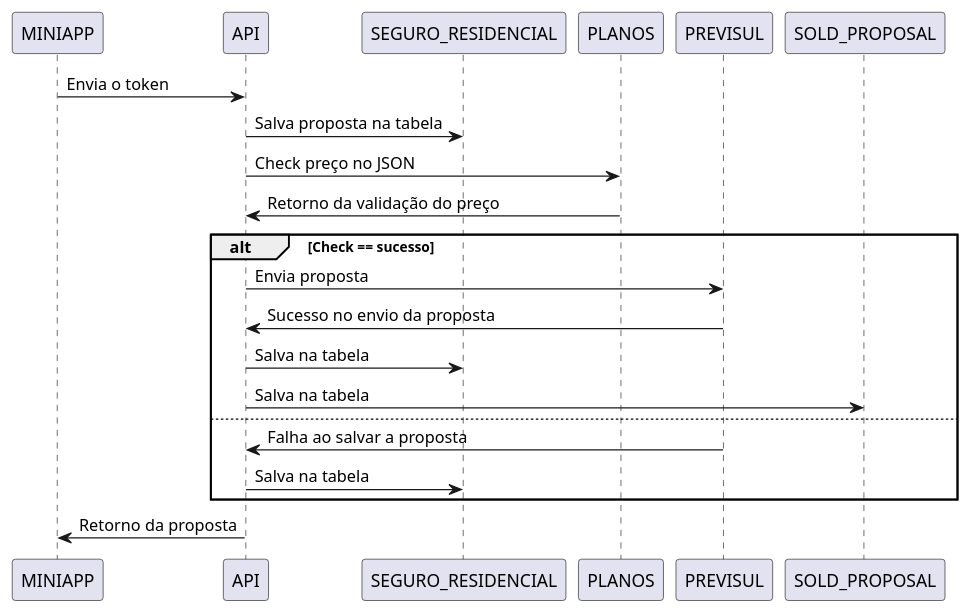
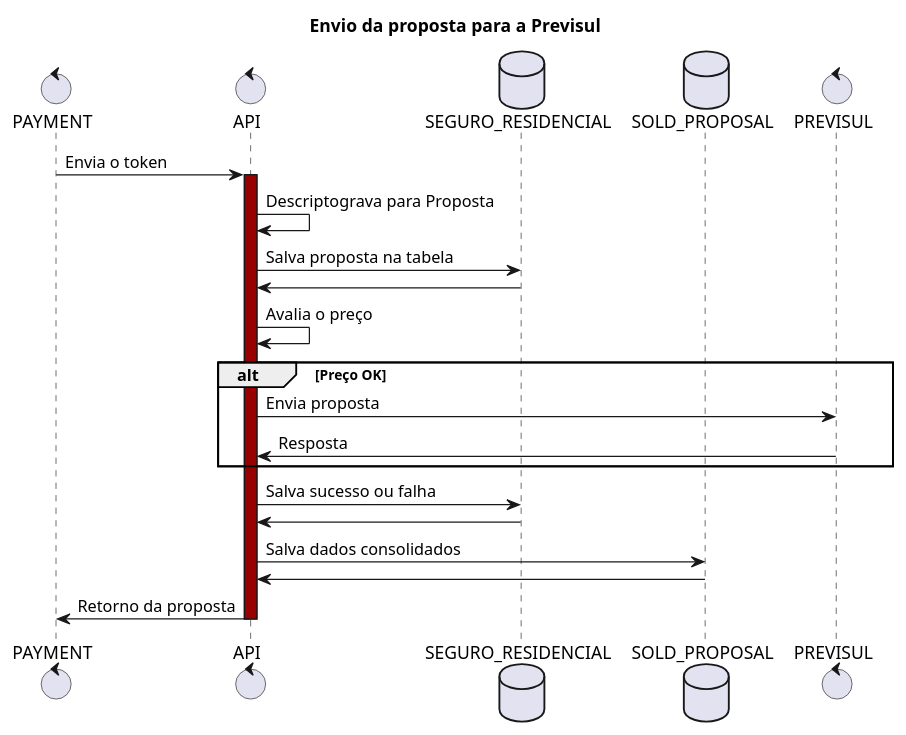
One commit to ReynaldoAnalista/miniapp-ame-seguro-residencial-api changed the diagram in diagrams/seguro_residencial/envio_proposta.puml. Above: the diagram before and after it, drawn with PlantUML. The commit also changed 1 other file, not shown here.

Commit message:
Mudança nos diagramas

```diff
--- a/diagrams/seguro_residencial/envio_proposta.puml
+++ b/diagrams/seguro_residencial/envio_proposta.puml
@@ -1,16 +1,36 @@
 @startuml envio_proposta
-MINIAPP -> API : Envia o token
+
+title "Envio da proposta para a Previsul"
+
+control PAYMENT
+control API
+database SEGURO_RESIDENCIAL
+database SOLD_PROPOSAL
+control PREVISUL
+
+PAYMENT -> API : Envia o token
+activate API #900
+
+API -> API : Descriptograva para Proposta
+
 API -> SEGURO_RESIDENCIAL:  Salva proposta na tabela
-API -> PLANOS : Check preço no JSON
-PLANOS -> API : Retorno da validação do preço
-alt Check == sucesso
-   API -> PREVISUL : Envia proposta 
-    PREVISUL -> API : Sucesso no envio da proposta
-    API -> SEGURO_RESIDENCIAL : Salva na tabela
-    API -> SOLD_PROPOSAL : Salva na tabela
-    else 
-    PREVISUL ->  API : Falha ao salvar a proposta
-    API -> SEGURO_RESIDENCIAL : Salva na tabela
-    end
-    API -> MINIAPP: Retorno da proposta
+SEGURO_RESIDENCIAL -> API
+
+API -> API : Avalia o preço
+
+alt Preço OK
+
+API -> PREVISUL : Envia proposta 
+PREVISUL -> API : Resposta
+
+end
+
+API -> SEGURO_RESIDENCIAL : Salva sucesso ou falha
+SEGURO_RESIDENCIAL -> API
+
+API -> SOLD_PROPOSAL : Salva dados consolidados
+SOLD_PROPOSAL -> API
+
+API -> PAYMENT: Retorno da proposta
+deactivate API
 @enduml
```
